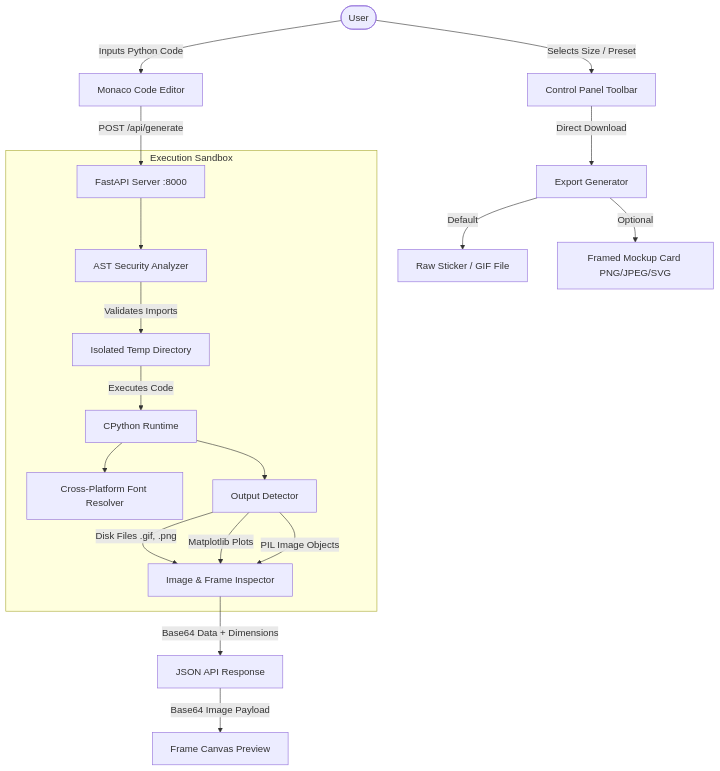
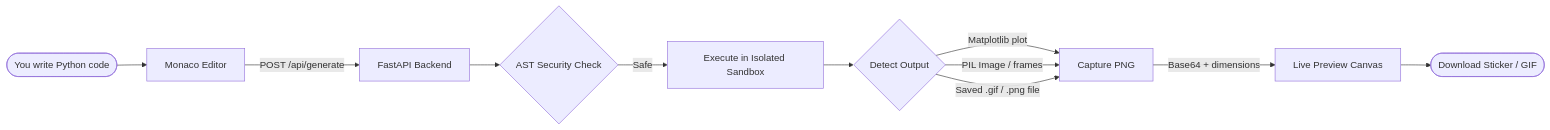
Before and after one commit to SudiptaSanki/Gifkers: the diagram in README.md, drawn with Mermaid. The commit also changed other lines of this file and 5 other files, not shown here.

````diff
--- a/README.md
+++ b/README.md
@@ -35,25 +26,13 @@
 ```mermaid
-graph TD
-    User([User]) -->|Inputs Python Code| Editor[Monaco Code Editor]
-    User -->|Selects Size / Preset| Controls[Control Panel Toolbar]
-    
-    Editor -->|POST /api/generate| Backend[FastAPI Server :8000]
-    
-    subgraph Execution Sandbox
-        Backend --> AST[AST Security Analyzer]
-        AST -->|Validates Imports| Sandbox[Isolated Temp Directory]
-        Sandbox -->|Executes Code| CPython[CPython Runtime]
-        CPython --> FontPatch[Cross-Platform Font Resolver]
-        CPython --> Capture[Output Detector]
-        Capture -->|Disk Files .gif, .png| Detect[Image & Frame Inspector]
-        Capture -->|Matplotlib Plots| Detect
-        Capture -->|PIL Image Objects| Detect
-    end
-    
-    Detect -->|Base64 Data + Dimensions| Response[JSON API Response]
-    Response -->|Base64 Image Payload| Preview[Frame Canvas Preview]
-    
-    Controls -->|Direct Download| Download[Export Generator]
-    Download -->|Default| Raw[Raw Sticker / GIF File]
-    Download -->|Optional| Card[Framed Mockup Card PNG/JPEG/SVG]
+graph LR
+    A([You write Python code]) --> B[Monaco Editor]
+    B -->|POST /api/generate| C[FastAPI Backend]
+    C --> D{AST Security Check}
+    D -->|Safe| E[Execute in Isolated Sandbox]
+    E --> F{Detect Output}
+    F -->|Matplotlib plot| G[Capture PNG]
+    F -->|PIL Image / frames| G
+    F -->|Saved .gif / .png file| G
+    G -->|Base64 + dimensions| H[Live Preview Canvas]
+    H --> I([Download Sticker / GIF])
 ```
````
